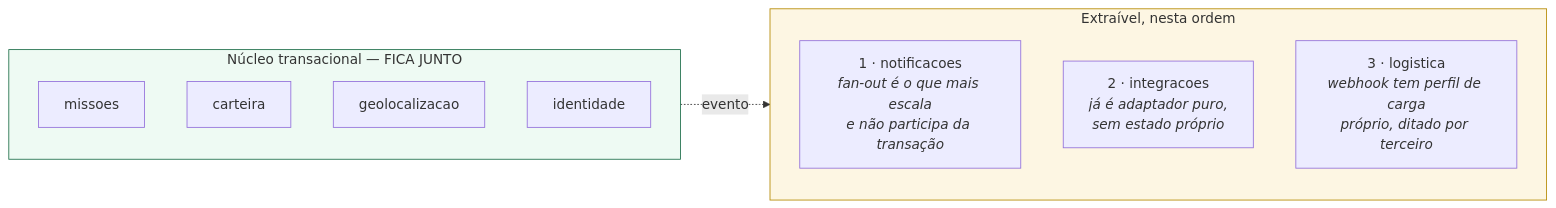
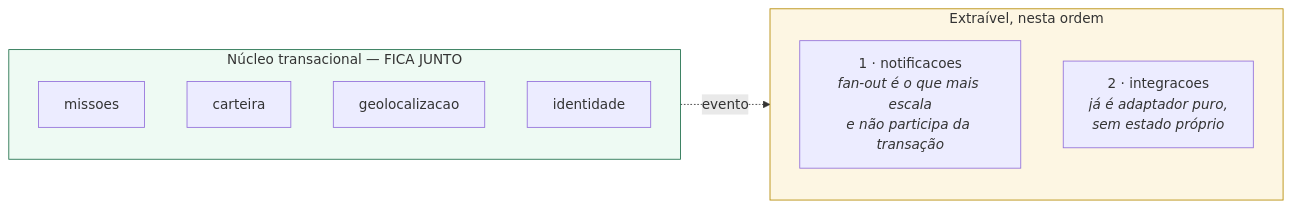
The second of 2 diagrams in docs/diagramas/arquitetura-alvo.md (RenanFerreira02/Omni-Tribo-PBL), drawn with Mermaid before and after one commit. The commit also changed other lines of this file and 760 other files, not shown here.

````diff
--- a/docs/diagramas/arquitetura-alvo.md
+++ b/docs/diagramas/arquitetura-alvo.md
@@ -73,17 +73,16 @@
 ```mermaid
 flowchart LR
     subgraph fica ["Núcleo transacional — FICA JUNTO"]
         m["missoes"]
         c["carteira"]
         g["geolocalizacao"]
         i["identidade"]
     end
     subgraph sai ["Extraível, nesta ordem"]
         n["1 · notificacoes<br/><i>fan-out é o que mais escala<br/>e não participa da transação</i>"]
         int["2 · integracoes<br/><i>já é adaptador puro,<br/>sem estado próprio</i>"]
-        l["3 · logistica<br/><i>webhook tem perfil de carga<br/>próprio, ditado por terceiro</i>"]
     end
     fica -.->|"evento"| sai
     style fica fill:#eefaf3,stroke:#1f6f4a
     style sai fill:#fdf6e3,stroke:#b58900
 ```
````
